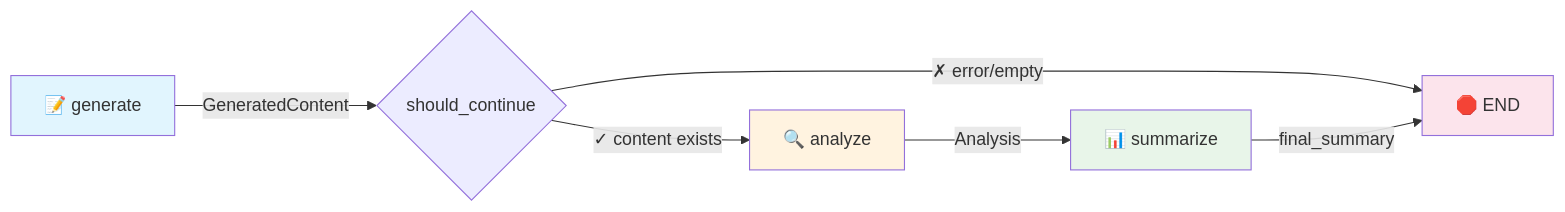
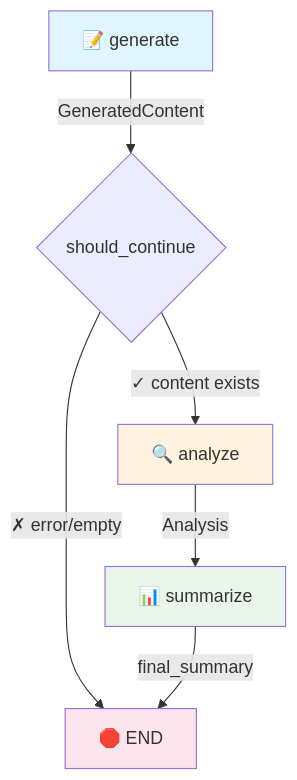
Before and after one commit to sheikkinen/yamlgraph: the first of 3 diagrams in README.md, drawn with Mermaid. The commit also changed other lines of this file, not shown here.

Commit message:
Mermaid fixes

````diff
--- a/README.md
+++ b/README.md
@@ -105,13 +105,13 @@
 ```mermaid
-graph LR
+graph TD
     A["📝 generate"] -->|GeneratedContent| B{should_continue}
     B -->|"✓ content exists"| C["🔍 analyze"]
     B -->|"✗ error/empty"| F["🛑 END"]
     C -->|Analysis| D["📊 summarize"]
     D -->|final_summary| F
     
     style A fill:#e1f5fe
     style C fill:#fff3e0
     style D fill:#e8f5e9
     style F fill:#fce4ec
 ```
````
